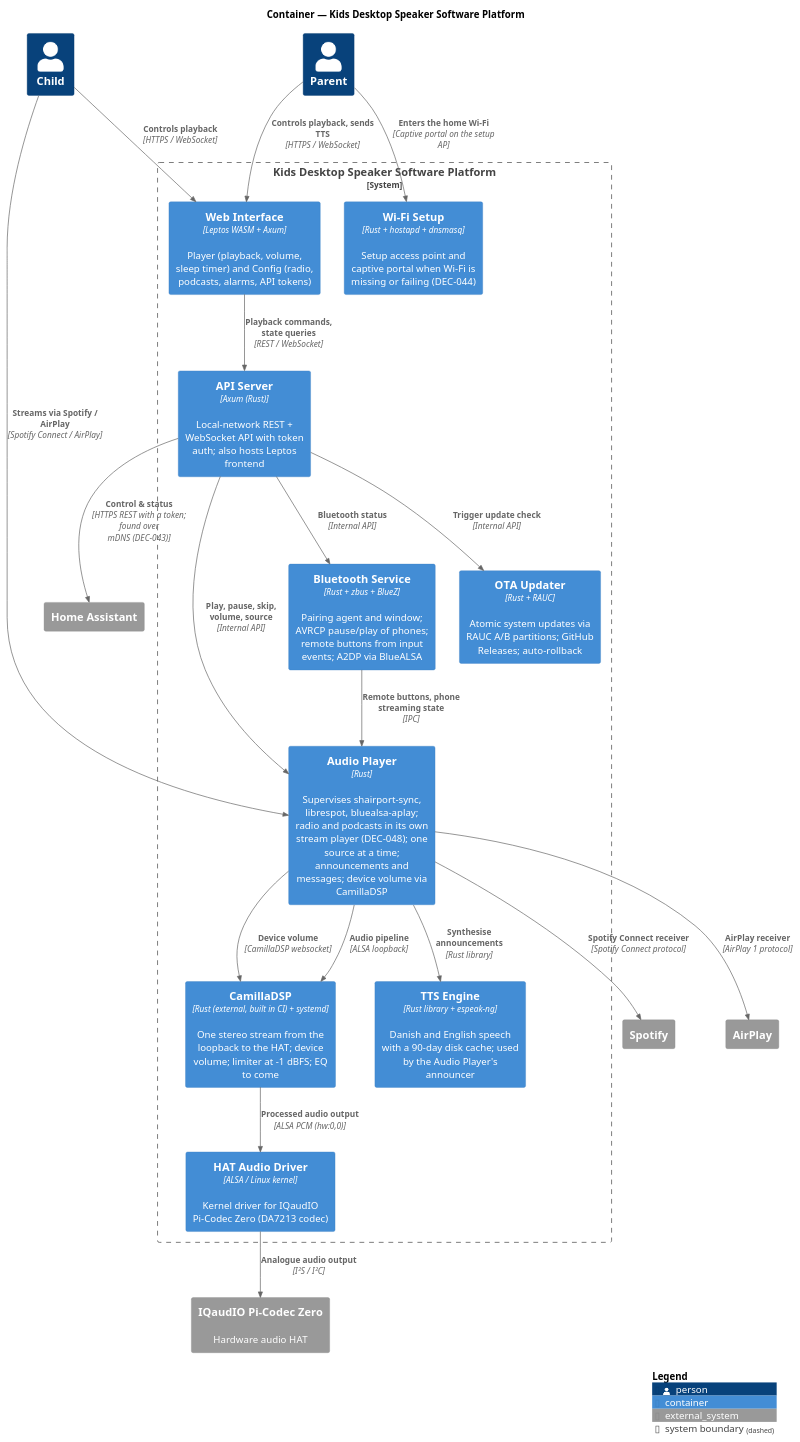
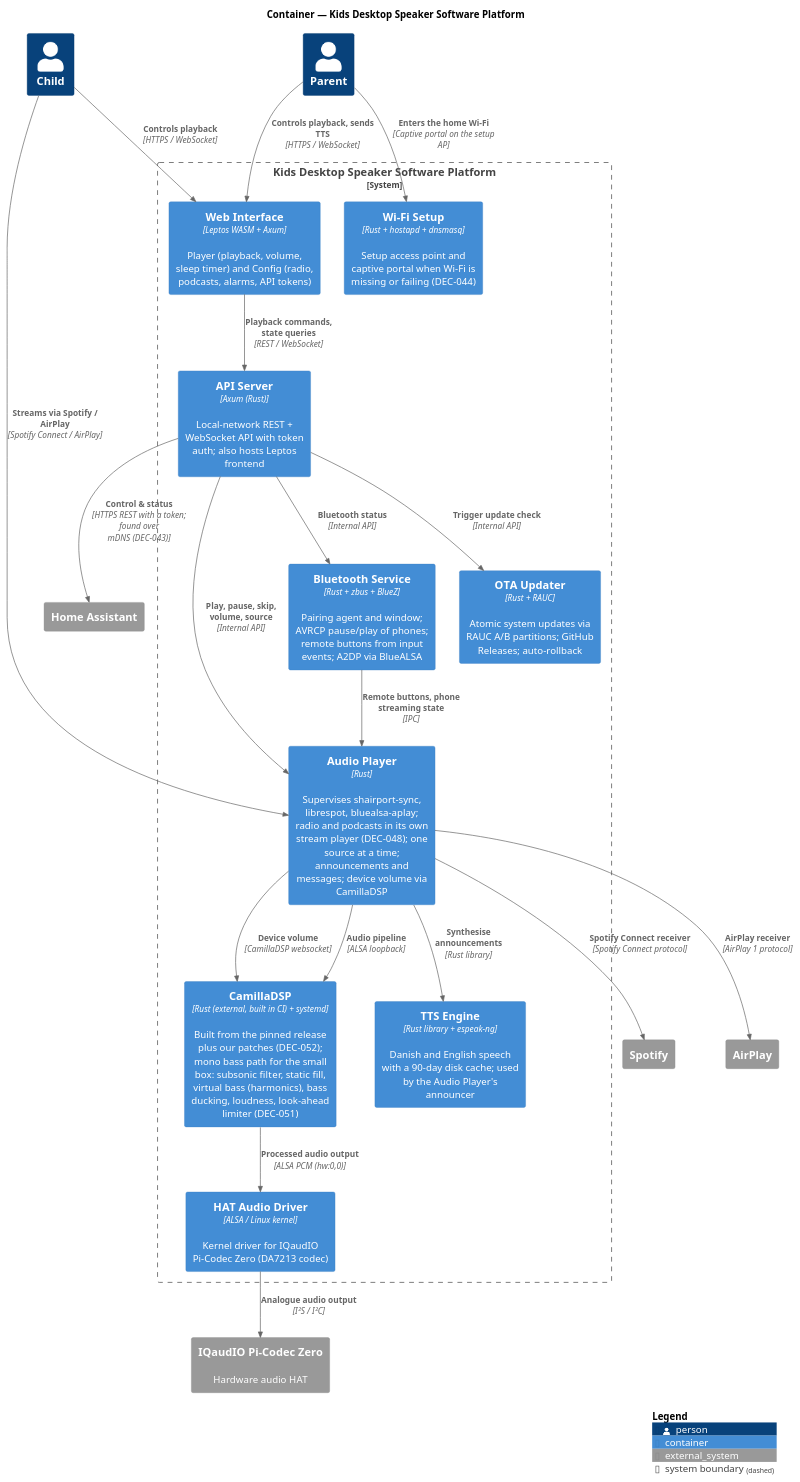
Before and after one commit to LydByDissing/kids-desktop-speaker: the second of 2 diagrams in docs/source/architecture/index.rst, drawn with PlantUML. The commit also changed 10 other files, not shown here.

First line of the commit message:
feat(dsp): virtual bass, harmonics of the deep bass in our CamillaDSP build (KDS-9jt.7, DEC-052)

```diff
--- a/docs/source/architecture/index.rst
+++ b/docs/source/architecture/index.rst
@@ -132,54 +132,54 @@
 .. plantuml::
    :caption: Container — Kids Desktop Speaker Software Platform
    :name: fig-container
 
    @startuml
    !include ../c4/C4_Container.puml
 
    title Container — Kids Desktop Speaker Software Platform
 
    Person(child, "Child", "")
    Person(parent, "Parent", "")
 
    System_Ext(spotify, "Spotify", "")
    System_Ext(airplay, "AirPlay", "")
    System_Ext(ha, "Home Assistant", "")
    System_Ext(hat, "IQaudIO Pi-Codec Zero", "Hardware audio HAT")
 
    System_Boundary(speaker, "Kids Desktop Speaker Software Platform") {
 
        Container(webui, "Web Interface", "Leptos WASM + Axum", "Player (playback, volume, sleep timer) and Config (radio, podcasts, alarms, API tokens)")
        Container(api, "API Server", "Axum (Rust)", "Local-network REST + WebSocket API with token auth; also hosts Leptos frontend")
        Container(player, "Audio Player", "Rust", "Supervises shairport-sync, librespot, bluealsa-aplay; radio and podcasts in its own stream player (DEC-048); one source at a time; announcements and messages; device volume via CamillaDSP")
        Container(bt, "Bluetooth Service", "Rust + zbus + BlueZ", "Pairing agent and window; AVRCP pause/play of phones; remote buttons from input events; A2DP via BlueALSA")
-       Container(dsp, "CamillaDSP", "Rust (external, built in CI) + systemd", "One stereo stream from the loopback to the HAT; device volume; limiter at -1 dBFS; EQ to come")
+       Container(dsp, "CamillaDSP", "Rust (external, built in CI) + systemd", "Built from the pinned release plus our patches (DEC-052); mono bass path for the small box: subsonic filter, static fill, virtual bass (harmonics), bass ducking, loudness, look-ahead limiter (DEC-051)")
        Container(tts, "TTS Engine", "Rust library + espeak-ng", "Danish and English speech with a 90-day disk cache; used by the Audio Player's announcer")
        Container(wifisetup, "Wi-Fi Setup", "Rust + hostapd + dnsmasq", "Setup access point and captive portal when Wi-Fi is missing or failing (DEC-044)")
        Container(ota, "OTA Updater", "Rust + RAUC", "Atomic system updates via RAUC A/B partitions; GitHub Releases; auto-rollback")
        Container(hatdrv, "HAT Audio Driver", "ALSA / Linux kernel", "Kernel driver for IQaudIO Pi-Codec Zero (DA7213 codec)")
 
    }
 
    Rel(child, webui, "Controls playback", "HTTPS / WebSocket")
    Rel(child, player, "Streams via Spotify / AirPlay", "Spotify Connect / AirPlay")
    Rel(parent, webui, "Controls playback, sends TTS", "HTTPS / WebSocket")
 
    Rel(webui, api, "Playback commands, state queries", "REST / WebSocket")
    Rel(api, player, "Play, pause, skip, volume, source", "Internal API")
    Rel(player, dsp, "Device volume", "CamillaDSP websocket")
    Rel(player, tts, "Synthesise announcements", "Rust library")
    Rel(parent, wifisetup, "Enters the home Wi-Fi", "Captive portal on the setup AP")
    Rel(api, ota, "Trigger update check", "Internal API")
    Rel(api, bt, "Bluetooth status", "Internal API")
    Rel(api, ha, "Control & status", "HTTPS REST with a token; found over mDNS (DEC-043)")
 
    Rel(player, dsp, "Audio pipeline", "ALSA loopback")
    Rel(player, spotify, "Spotify Connect receiver", "Spotify Connect protocol")
    Rel(player, airplay, "AirPlay receiver", "AirPlay 1 protocol")
    Rel(bt, player, "Remote buttons, phone streaming state", "IPC")
 
    Rel(dsp, hatdrv, "Processed audio output", "ALSA PCM (hw:0,0)")
    Rel(hatdrv, hat, "Analogue audio output", "I²S / I²C")
 
    SHOW_LEGEND()
    @enduml
```
